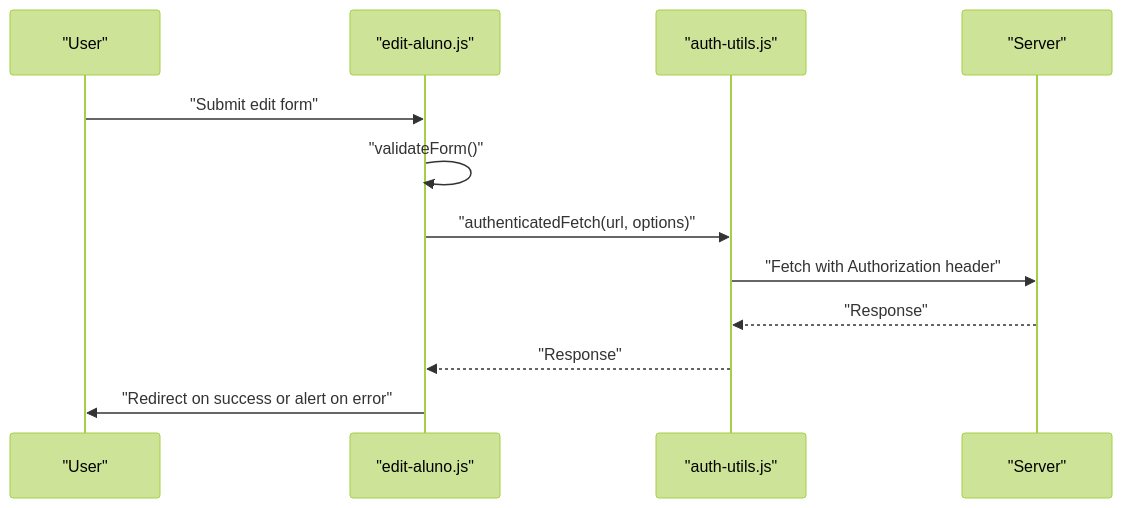
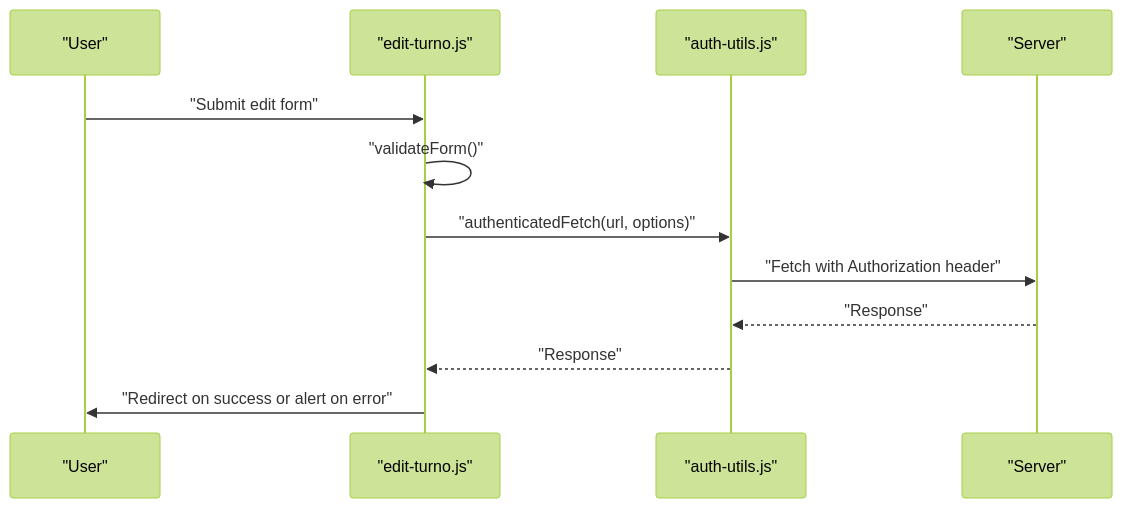
One commit to luiseduacosta/nodemural changed the third of 5 diagrams in .qoder/repowiki/en/content/Frontend Architecture/Entity Management Interfaces.md. Above: the diagram before and after it, drawn with Mermaid (forest theme). The commit also changed other lines of this file and 4 other files, not shown here.

````diff
--- a/.qoder/repowiki/en/content/Frontend Architecture/Entity Management Interfaces.md
+++ b/.qoder/repowiki/en/content/Frontend Architecture/Entity Management Interfaces.md
@@ -171,14 +180,14 @@
 ```mermaid
 sequenceDiagram
 participant U as "User"
-participant EA as "edit-aluno.js"
+participant ET as "edit-turno.js"
 participant AU as "auth-utils.js"
 participant API as "Server"
-U->>EA : "Submit edit form"
-EA->>EA : "validateForm()"
-EA->>AU : "authenticatedFetch(url, options)"
+U->>ET : "Submit edit form"
+ET->>ET : "validateForm()"
+ET->>AU : "authenticatedFetch(url, options)"
 AU->>API : "Fetch with Authorization header"
 API-->>AU : "Response"
-AU-->>EA : "Response"
-EA->>U : "Redirect on success or alert on error"
+AU-->>ET : "Response"
+ET->>U : "Redirect on success or alert on error"
 ```
````
